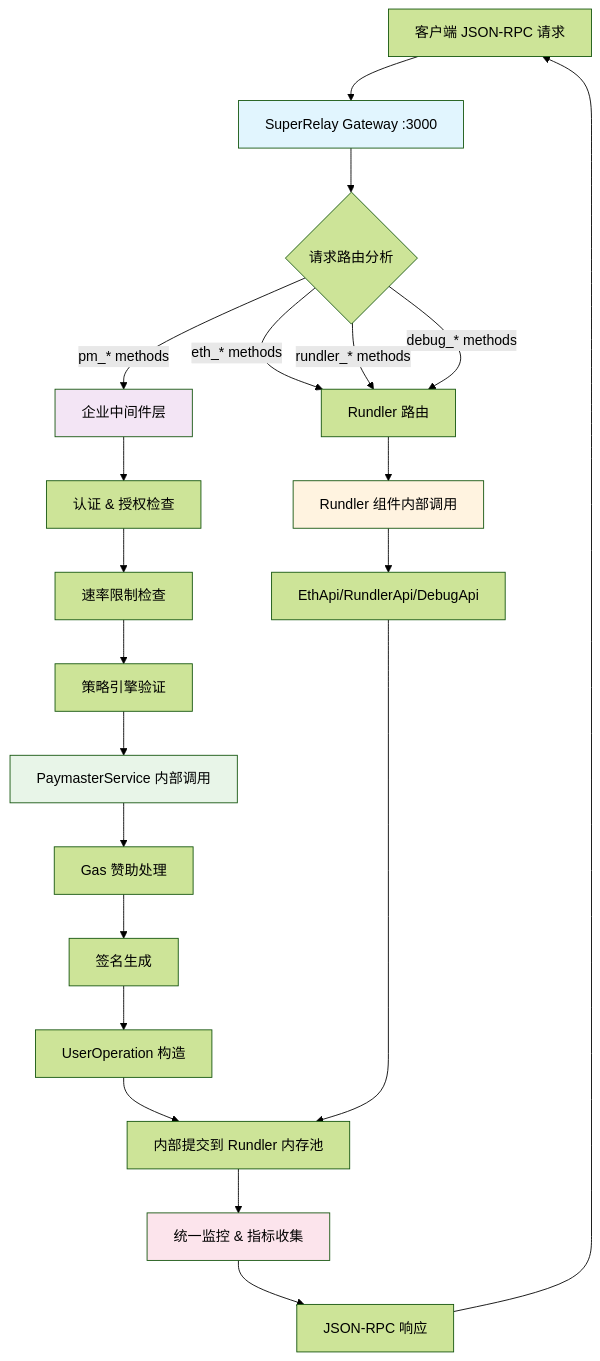
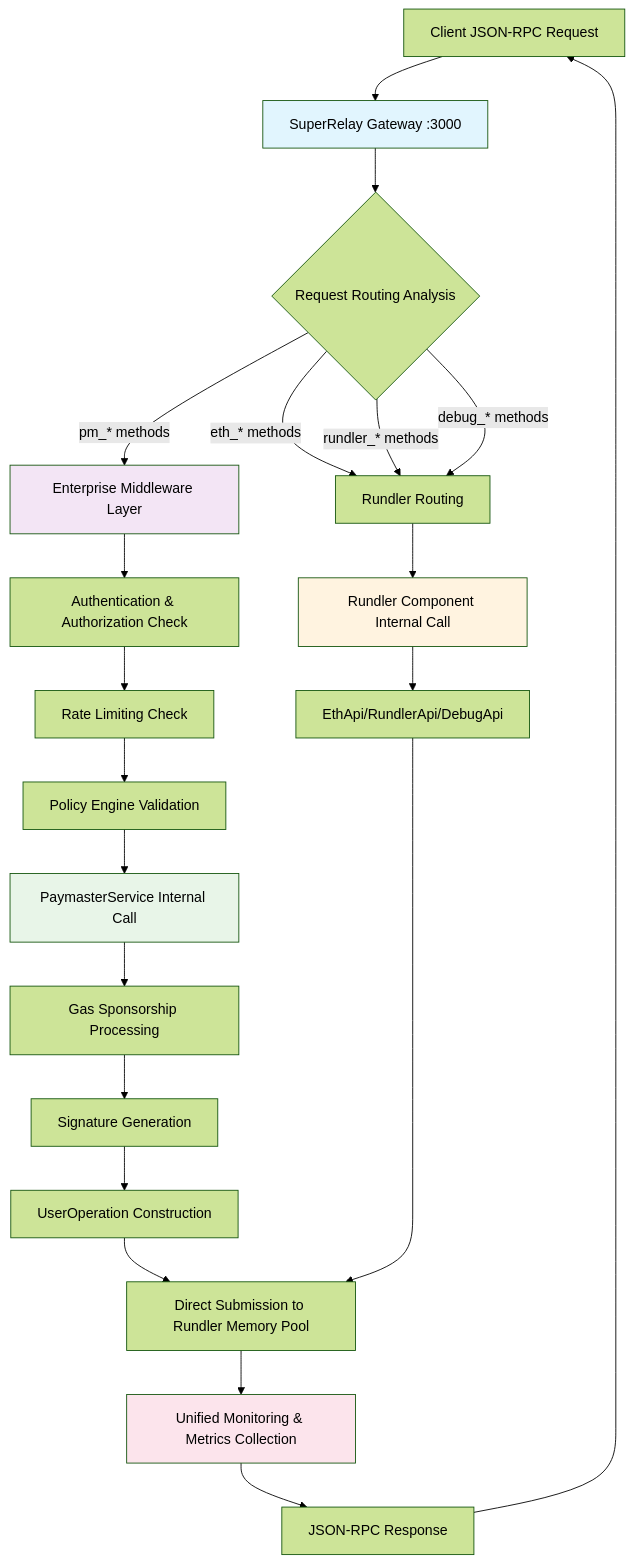
Before and after one commit to AAStarCommunity/SuperRelay: the diagram in README.md, drawn with Mermaid (forest theme). The commit also changed other lines of this file and 8 other files, not shown here.

````diff
--- a/README.md
+++ b/README.md
@@ -17,34 +19,34 @@
 ```mermaid
 graph TD
-    A[客户端 JSON-RPC 请求] --> B[SuperRelay Gateway :3000]
-    B --> C{请求路由分析}
+    A[Client JSON-RPC Request] --> B[SuperRelay Gateway :3000]
+    B --> C{Request Routing Analysis}
     
-    C -->|pm_* methods| D[企业中间件层]
-    C -->|eth_* methods| H[Rundler 路由]
+    C -->|pm_* methods| D[Enterprise Middleware Layer]
+    C -->|eth_* methods| H[Rundler Routing]
     C -->|rundler_* methods| H
     C -->|debug_* methods| H
     
-    D --> E[认证 & 授权检查]
-    E --> F[速率限制检查]
-    F --> G[策略引擎验证]
-    G --> I[PaymasterService 内部调用]
+    D --> E[Authentication & Authorization Check]
+    E --> F[Rate Limiting Check]
+    F --> G[Policy Engine Validation]
+    G --> I[PaymasterService Internal Call]
     
-    H --> J[Rundler 组件内部调用]
+    H --> J[Rundler Component Internal Call]
     J --> K[EthApi/RundlerApi/DebugApi]
     
-    I --> L[Gas 赞助处理]
-    L --> M[签名生成]
-    M --> N[UserOperation 构造]
+    I --> L[Gas Sponsorship Processing]
+    L --> M[Signature Generation]
+    M --> N[UserOperation Construction]
     
-    N --> O[内部提交到 Rundler 内存池]
+    N --> O[Direct Submission to Rundler Memory Pool]
     K --> O
-    O --> P[统一监控 & 指标收集]
-    P --> Q[JSON-RPC 响应]
+    O --> P[Unified Monitoring & Metrics Collection]
+    P --> Q[JSON-RPC Response]
     Q --> A
     
     style B fill:#e1f5fe
     style D fill:#f3e5f5
     style I fill:#e8f5e8
     style J fill:#fff3e0
     style P fill:#fce4ec
 ```
````
